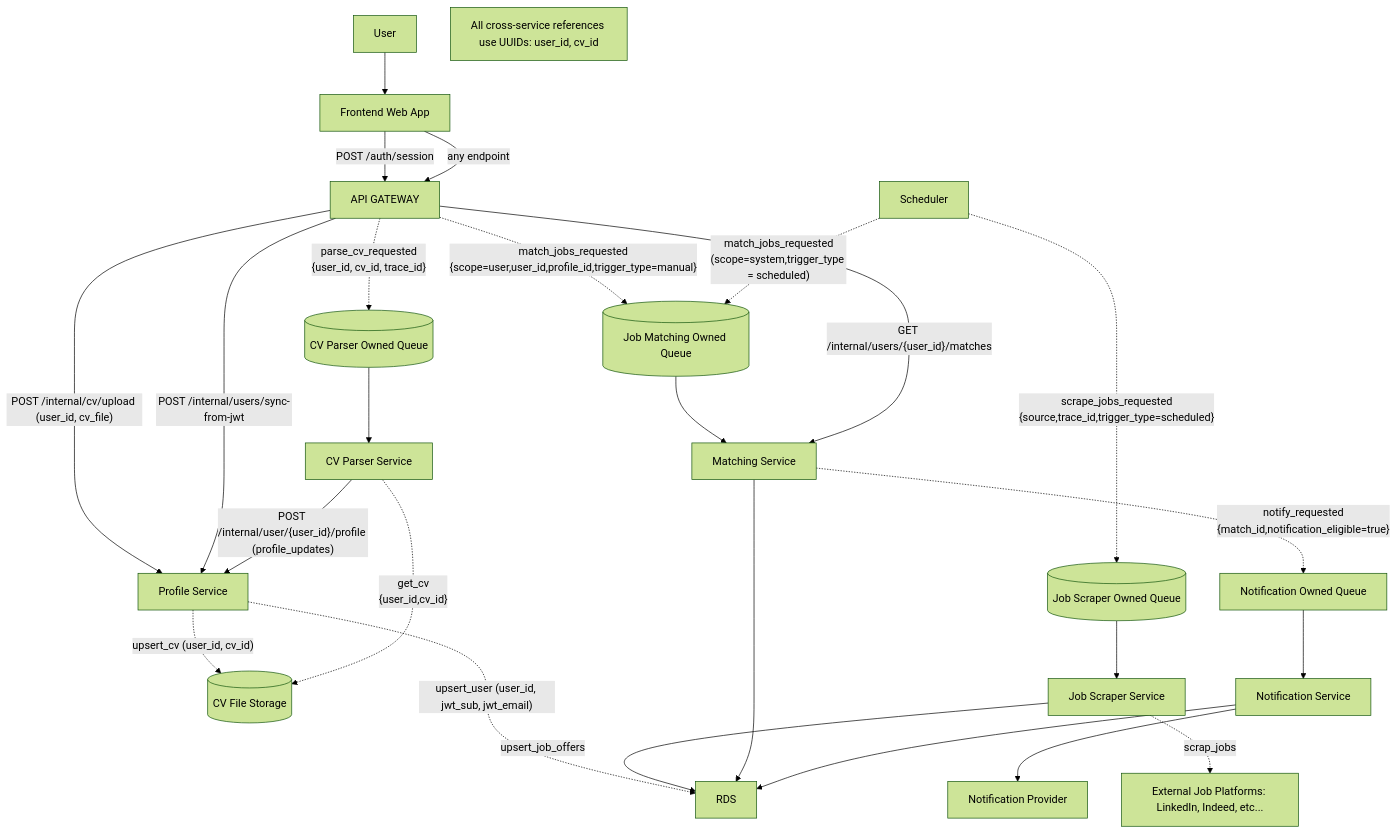
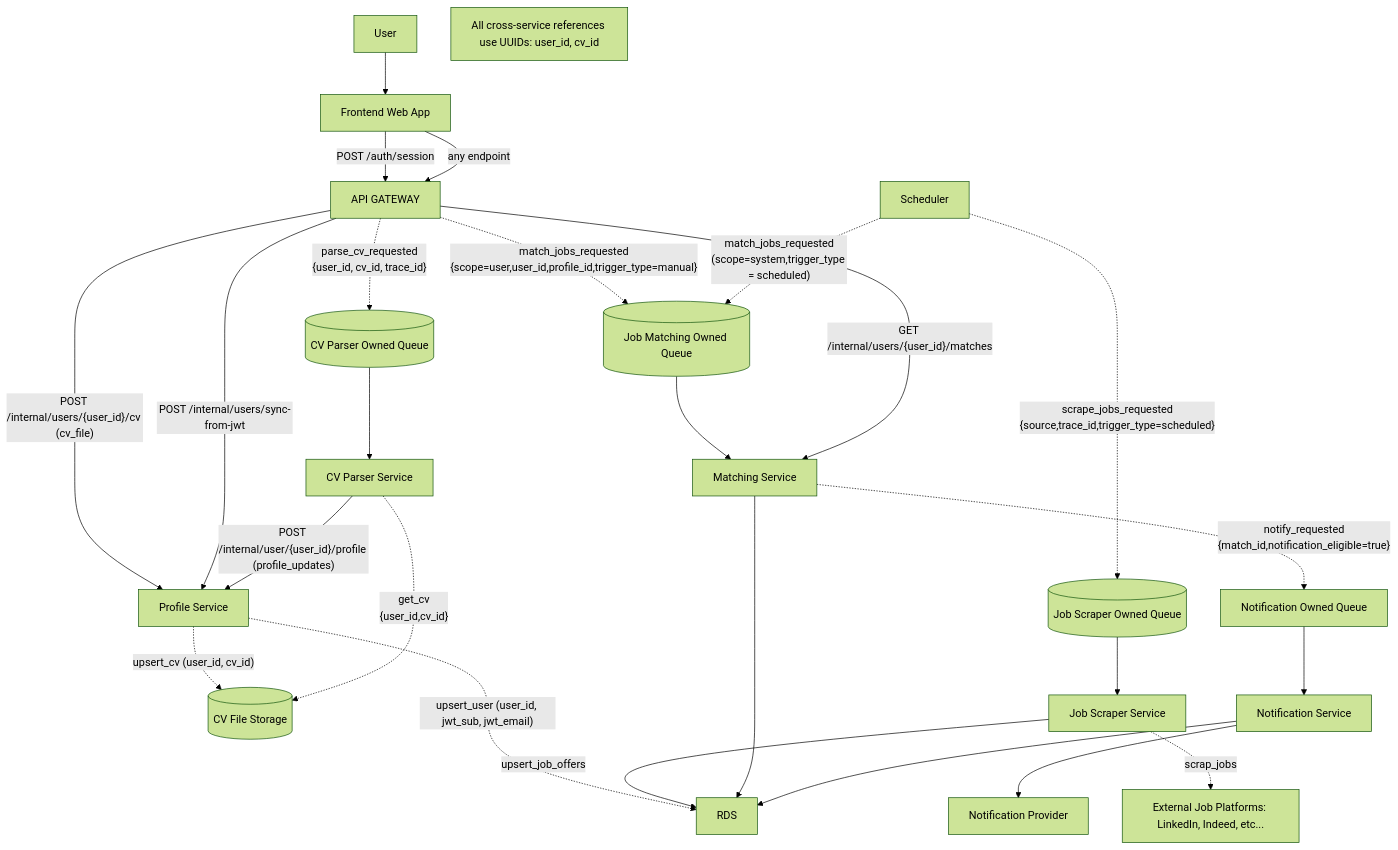
Before and after one commit to Kilianrm/cv-match: the diagram in docs/02-architecture/integration-diagram.md, drawn with Mermaid (forest theme). The commit also changed 8 other files, not shown here.

Commit message:
docs: sync roadmap, api contract, schema, and service design docs

````diff
--- a/docs/02-architecture/integration-diagram.md
+++ b/docs/02-architecture/integration-diagram.md
@@ -3,41 +3,41 @@
 ```mermaid
 flowchart TB
   U[User] --> FE[Frontend Web App]
   FE -- POST /auth/session --> API[API GATEWAY]
   FE -- any endpoint --> API[API GATEWAY]
 
   EB[Scheduler]
   NOTE1[All cross-service references use UUIDs: user_id, cv_id]
 
-  API -- POST /internal/cv/upload (user_id, cv_file) --> PROFILE[Profile Service]
+  API -- POST /internal/users/{user_id}/cv (cv_file) --> PROFILE[Profile Service]
   PROFILE -. upsert_cv (user_id, cv_id) .-> S3[(CV File Storage)]
   API -- POST /internal/users/sync-from-jwt --> PROFILE
 
   PROFILE -. upsert_user (user_id, jwt_sub, jwt_email) .-> RDS
 
   API -. parse_cv_requested\n{user_id, cv_id, trace_id} .-> QP[(CV Parser Owned Queue)]
   EB -. scrape_jobs_requested\n{source,trace_id,trigger_type=scheduled} .-> QS[(Job Scraper Owned Queue)]
   API -. match_jobs_requested\n{scope=user,user_id,profile_id,trigger_type=manual} .-> QM[(Job Matching Owned Queue)]
 
   QP --> PARSER[CV Parser Service]
   QS --> SCRAPER[Job Scraper Service]
   QM --> MATCHER[Matching Service]
 
   API -- GET /internal/users/{user_id}/matches --> MATCHER[Matching Service]
 
   PARSER -. get_cv\n{user_id,cv_id}.-> S3
   PARSER -- POST /internal/user/{user_id}/profile (profile_updates) --> PROFILE
   
   SCRAPER -- upsert_job_offers --> RDS
   EB -. match_jobs_requested\n(scope=system,trigger_type = scheduled) .-> QM
   MATCHER --> RDS
 MATCHER -. notify_requested\n{match_id,notification_eligible=true} .-> NQ[Notification Owned Queue]
 
   SCRAPER -. scrap_jobs.-> JOBS[External Job Platforms: LinkedIn, Indeed, etc...]
 
   %% Notification is sent only when matcher publishes new_matches_available
   NQ --> NOTIFICATION[Notification Service]
   NOTIFICATION --> SES[Notification Provider]
   NOTIFICATION --> RDS
 
 ```
````
